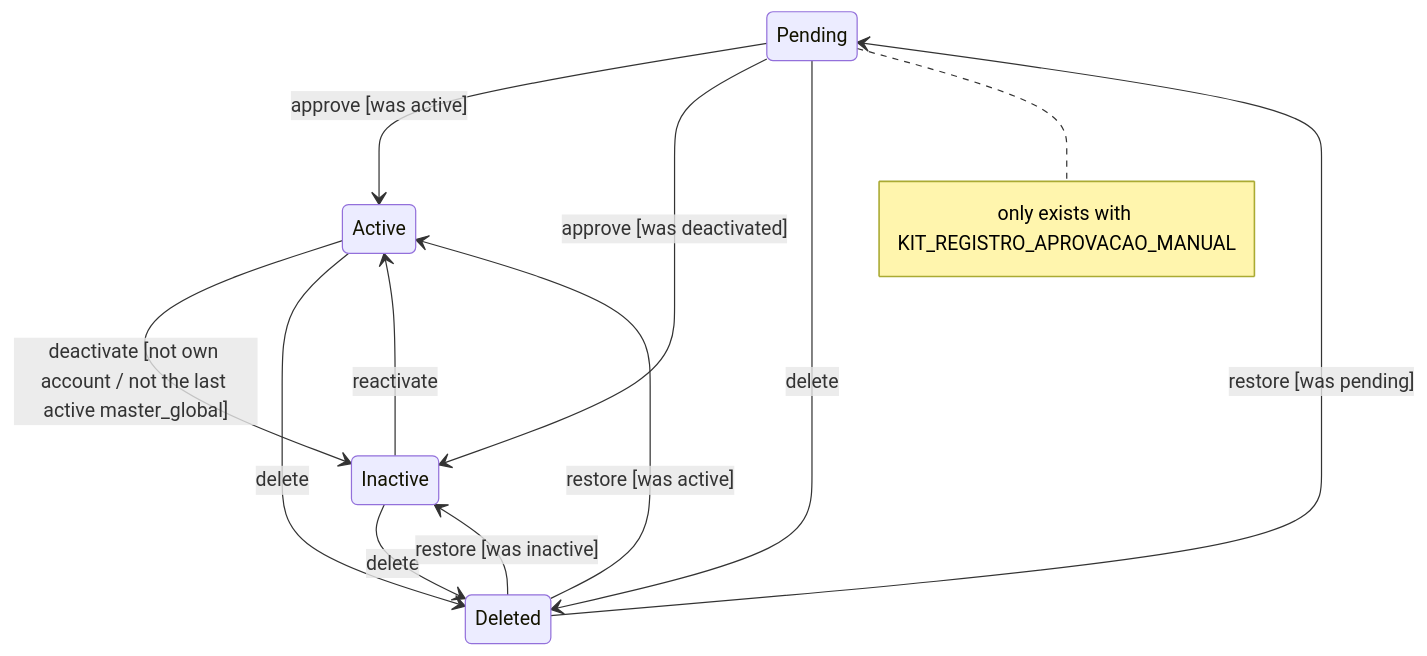
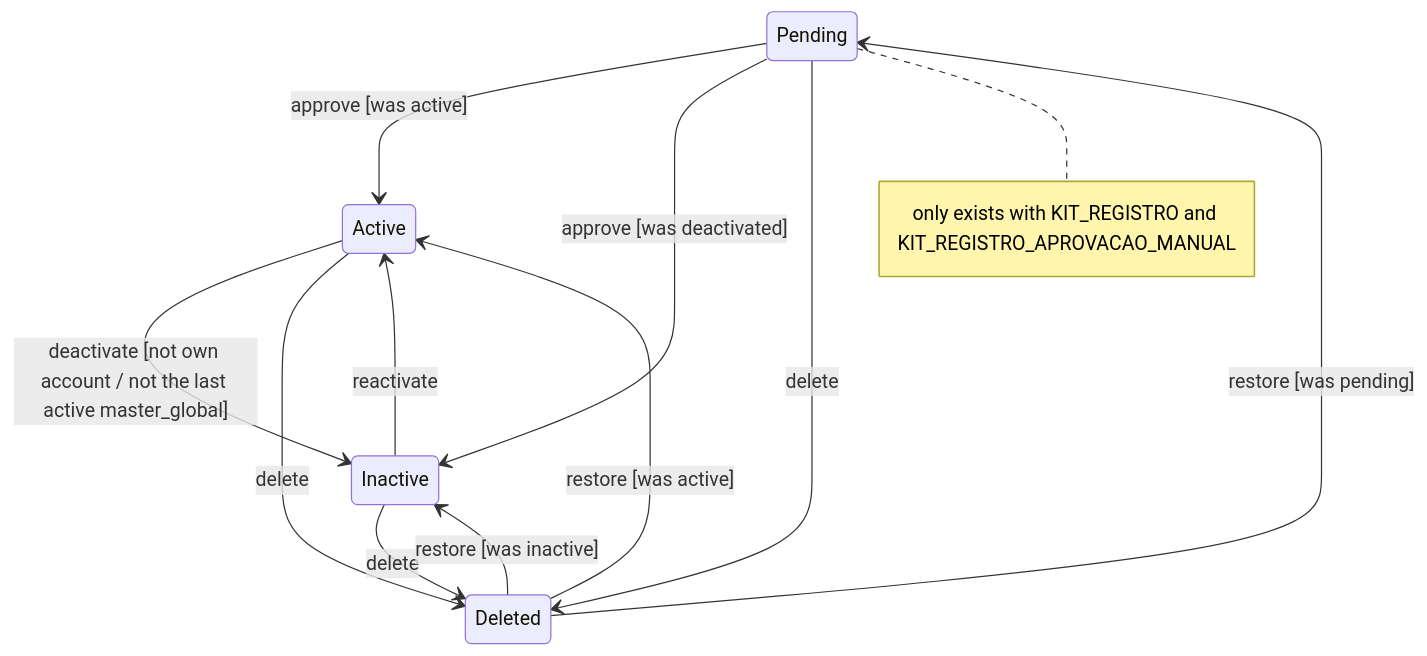
One commit to gsferro/filament-starter-kit-easy changed the diagram in docs/en/autenticacao/estados-de-usuario.md. Above: the diagram before and after it, drawn with Mermaid. The commit also changed 17 other files, not shown here.

First line of the commit message:
:white_check_mark: test(diagramas): as guardas da revisao adversarial da adicao, e as docs que elas acharam

````diff
--- a/docs/en/autenticacao/estados-de-usuario.md
+++ b/docs/en/autenticacao/estados-de-usuario.md
@@ -19,21 +19,21 @@
 ```mermaid
 stateDiagram-v2
 %% DG-08
 accTitle: User account states
 accDescr: Pending approves to Active (or Inactive, if it was deactivated before); Active and Inactive alternate by deactivate/reactivate; any of them can be deleted, and restoring goes back to the state from before deletion.
   Pendente --> Ativo : approve [was active]
   Pendente --> Inativo : approve [was deactivated]
   Ativo --> Inativo : deactivate [not own account / not the last active master_global]
   Ativo --> Excluida : delete
   Inativo --> Ativo : reactivate
   Inativo --> Excluida : delete
   Pendente --> Excluida : delete
   Excluida --> Ativo : restore [was active]
   Excluida --> Inativo : restore [was inactive]
   Excluida --> Pendente : restore [was pending]
   state "Pending" as Pendente
   state "Active" as Ativo
   state "Inactive" as Inativo
   state "Deleted" as Excluida
-  note right of Pendente : only exists with KIT_REGISTRO_APROVACAO_MANUAL
+  note right of Pendente : only exists with KIT_REGISTRO and KIT_REGISTRO_APROVACAO_MANUAL
 ```
````
